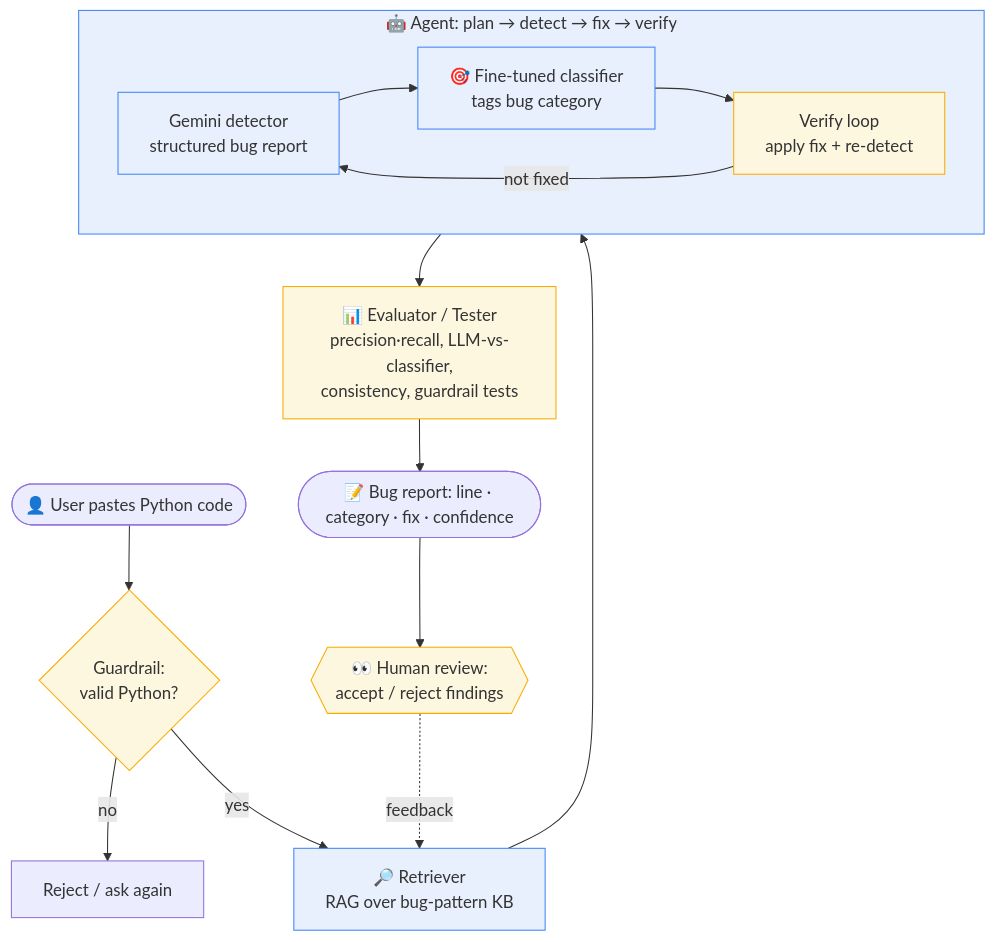
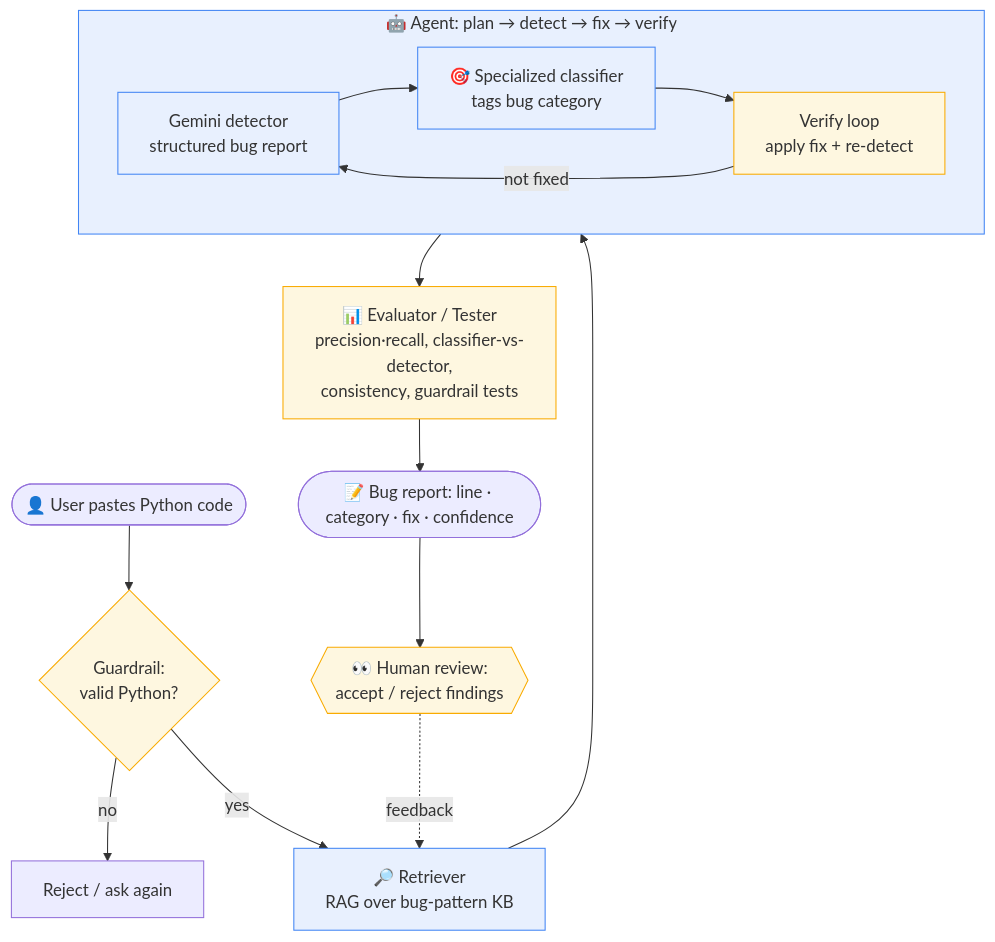
Before and after one commit to Masrawr/CodePath-final-project: the diagram in diagrams/ai_interactions.md, drawn with Mermaid. The commit also changed other lines of this file, not shown here.

````diff
--- a/diagrams/ai_interactions.md
+++ b/diagrams/ai_interactions.md
@@ -5,27 +3,27 @@
 ```mermaid
 flowchart TD
     User([👤 User pastes Python code]) --> Guard{Guardrail:<br/>valid Python?}
     Guard -- no --> Reject[Reject / ask again]
     Guard -- yes --> Retriever[🔎 Retriever<br/>RAG over bug-pattern KB]
 
     Retriever --> Agent
 
     subgraph Agent [🤖 Agent: plan → detect → fix → verify]
         LLM[Gemini detector<br/>structured bug report]
-        Clf[🎯 Fine-tuned classifier<br/>tags bug category]
+        Clf[🎯 Specialized classifier<br/>tags bug category]
         Verify[Verify loop<br/>apply fix + re-detect]
         LLM --> Clf --> Verify
         Verify -- not fixed --> LLM
     end
 
-    Agent --> Eval[📊 Evaluator / Tester<br/>precision·recall, LLM-vs-classifier,<br/>consistency, guardrail tests]
+    Agent --> Eval[📊 Evaluator / Tester<br/>precision·recall, classifier-vs-detector,<br/>consistency, guardrail tests]
     Eval --> Output([📝 Bug report: line · category · fix · confidence])
 
     Output --> Human{{👀 Human review:<br/>accept / reject findings}}
     Human -. feedback .-> Retriever
 
     classDef ai fill:#e8f0fe,stroke:#4285f4;
     classDef check fill:#fef7e0,stroke:#f9ab00;
     class Retriever,LLM,Clf,Agent ai;
     class Guard,Eval,Human,Verify check;
 ```
````
